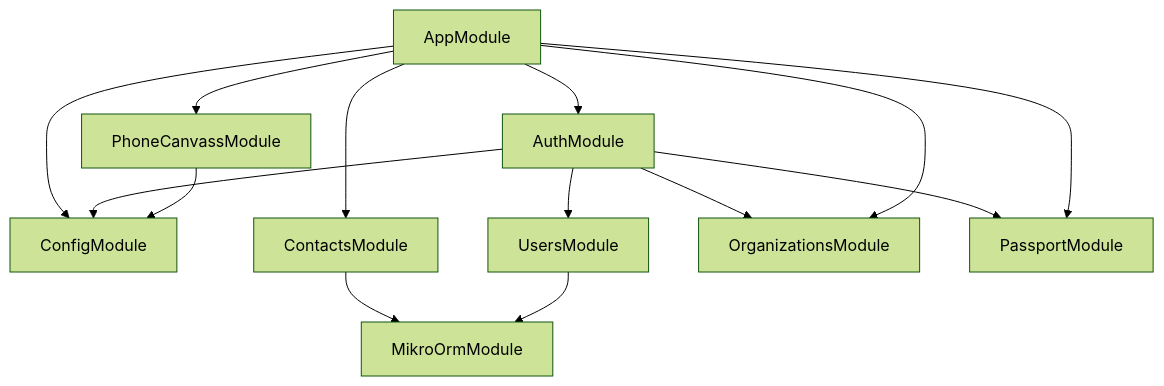
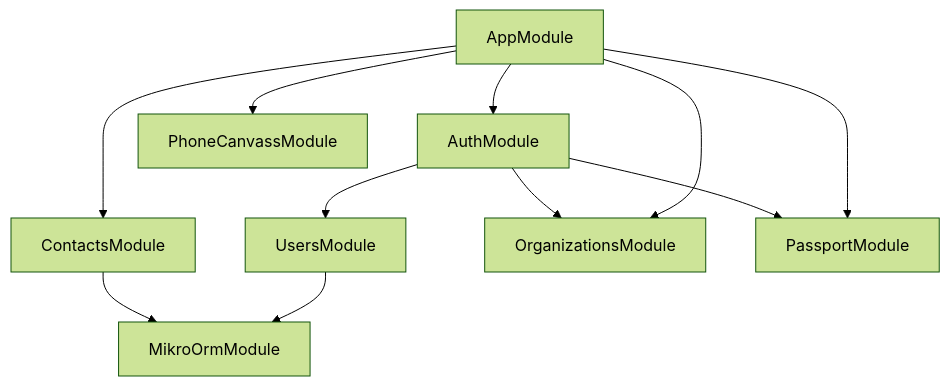
One commit to gpo/grassroots changed the diagram in docs/DependencyGraph.md. Above: the diagram before and after it, drawn with Mermaid (forest theme). The commit also changed 57 other files, not shown here.

````diff
--- a/docs/DependencyGraph.md
+++ b/docs/DependencyGraph.md
@@ -1,16 +1,13 @@
 ```mermaid
 graph TD
-  AppModule-->ConfigModule
-AppModule-->ContactsModule
+  AppModule-->ContactsModule
 ContactsModule-->MikroOrmModule
 AppModule-->AuthModule
 AuthModule-->UsersModule
 UsersModule-->MikroOrmModule
 AuthModule-->OrganizationsModule
 AuthModule-->PassportModule
-AuthModule-->ConfigModule
 AppModule-->PassportModule
 AppModule-->OrganizationsModule
 AppModule-->PhoneCanvassModule
-PhoneCanvassModule-->ConfigModule
 ```
````
